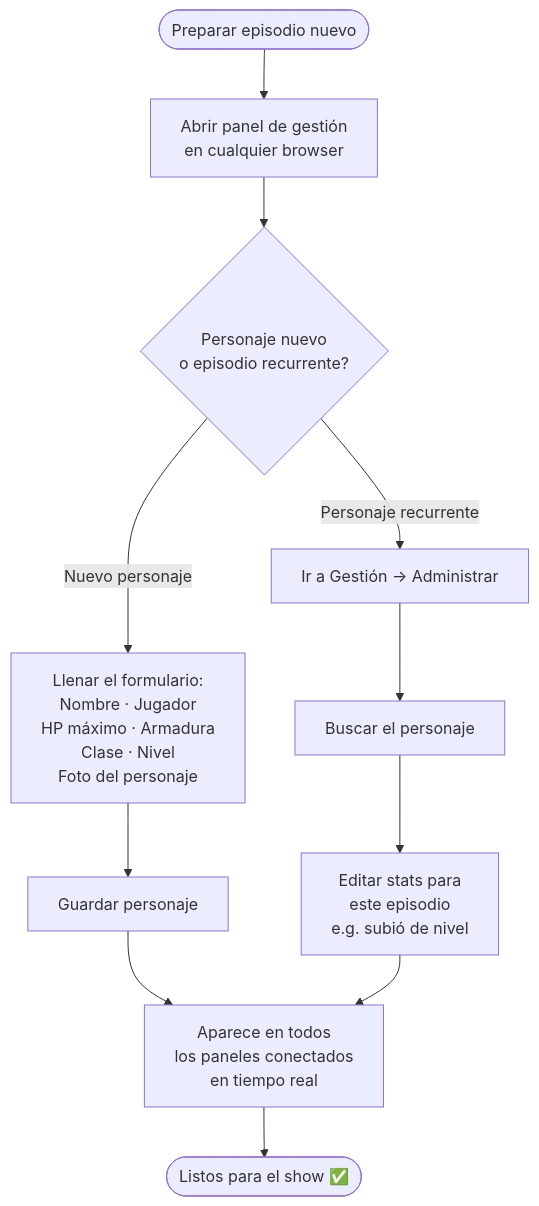
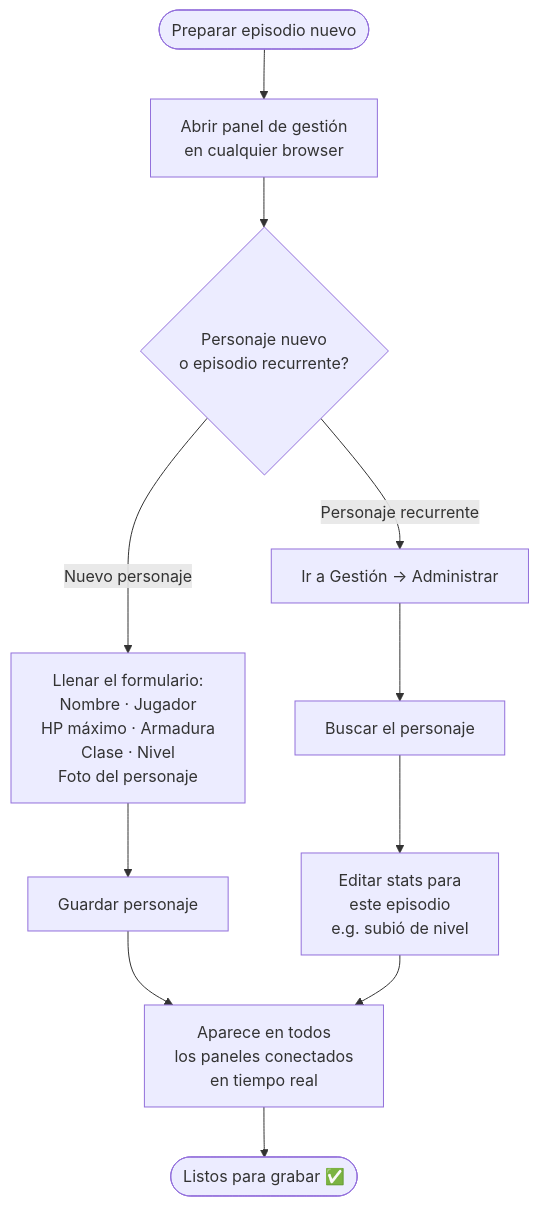
The eighth of 12 diagrams in demo-pitch-docs/workflow-stakeholders.md (s0lci700/OVERLAYS), drawn with Mermaid before and after one commit. The commit also changed other lines of this file and 2 other files, not shown here.

Commit message:
Reframe docs: recorded show primary use case, timestamp post-production benefit, demo data caveat

````diff
--- a/demo-pitch-docs/workflow-stakeholders.md
+++ b/demo-pitch-docs/workflow-stakeholders.md
@@ -190,17 +226,17 @@
 ```mermaid
 flowchart TD
     A([Preparar episodio nuevo]) --> B[Abrir panel de gestión\nen cualquier browser]
 
     B --> C{Personaje nuevo\no episodio recurrente?}
 
     C -- Nuevo personaje --> D[Llenar el formulario:\nNombre · Jugador\nHP máximo · Armadura\nClase · Nivel\nFoto del personaje]
     D --> E[Guardar personaje]
     E --> F[Aparece en todos\nlos paneles conectados\nen tiempo real]
 
     C -- Personaje recurrente --> G[Ir a Gestión → Administrar]
     G --> H[Buscar el personaje]
     H --> I[Editar stats para\neste episodio\ne.g. subió de nivel]
     I --> F
 
-    F --> J([Listos para el show ✅])
+    F --> J([Listos para grabar ✅])
 ```
````
